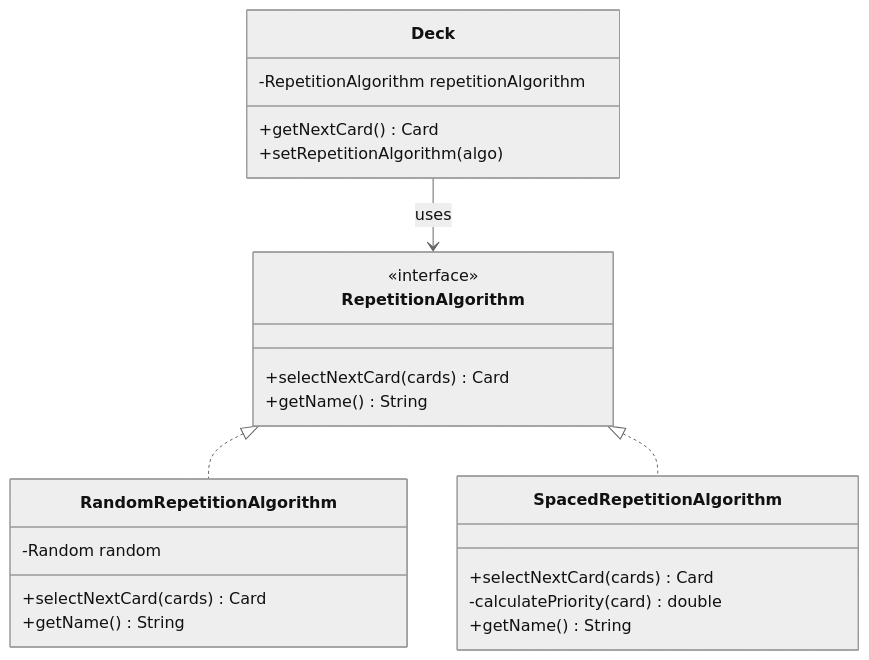
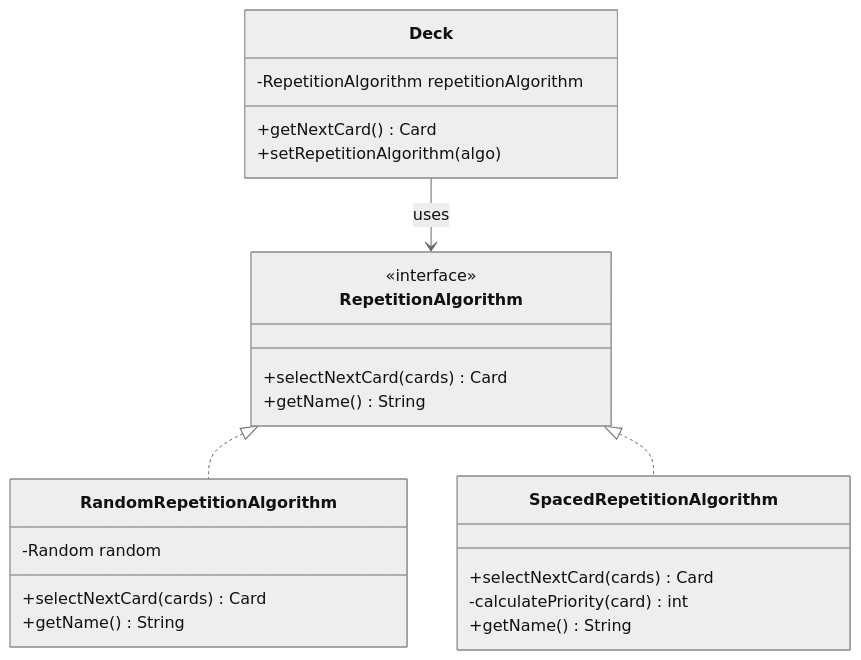
Before and after one commit to GilbertBckr/card-rep: diagram 33 of 35 in README.md, drawn with Mermaid (neutral theme). The commit also changed other lines of this file, not shown here.

````diff
--- a/README.md
+++ b/README.md
@@ -624,26 +1299,26 @@
 ```mermaid
 classDiagram
     class Deck {
         -RepetitionAlgorithm repetitionAlgorithm
         +getNextCard() Card
         +setRepetitionAlgorithm(algo)
     }
     class RepetitionAlgorithm {
         <<interface>>
         +selectNextCard(cards) Card
         +getName() String
     }
     class RandomRepetitionAlgorithm {
         -Random random
         +selectNextCard(cards) Card
         +getName() String
     }
     class SpacedRepetitionAlgorithm {
         +selectNextCard(cards) Card
-        -calculatePriority(card) double
+        -calculatePriority(card) int
         +getName() String
     }
     Deck --> RepetitionAlgorithm : uses
     RepetitionAlgorithm <|.. RandomRepetitionAlgorithm
     RepetitionAlgorithm <|.. SpacedRepetitionAlgorithm
 ```
````
